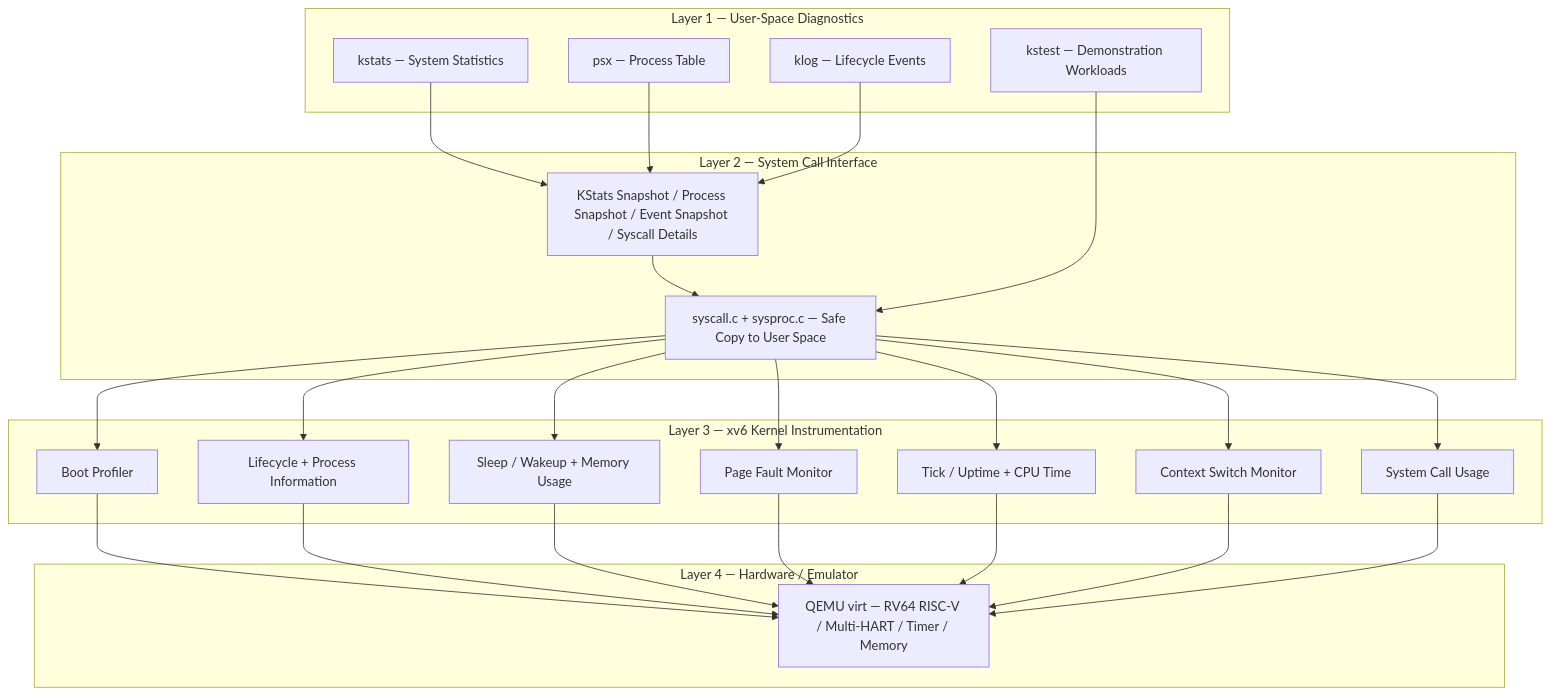
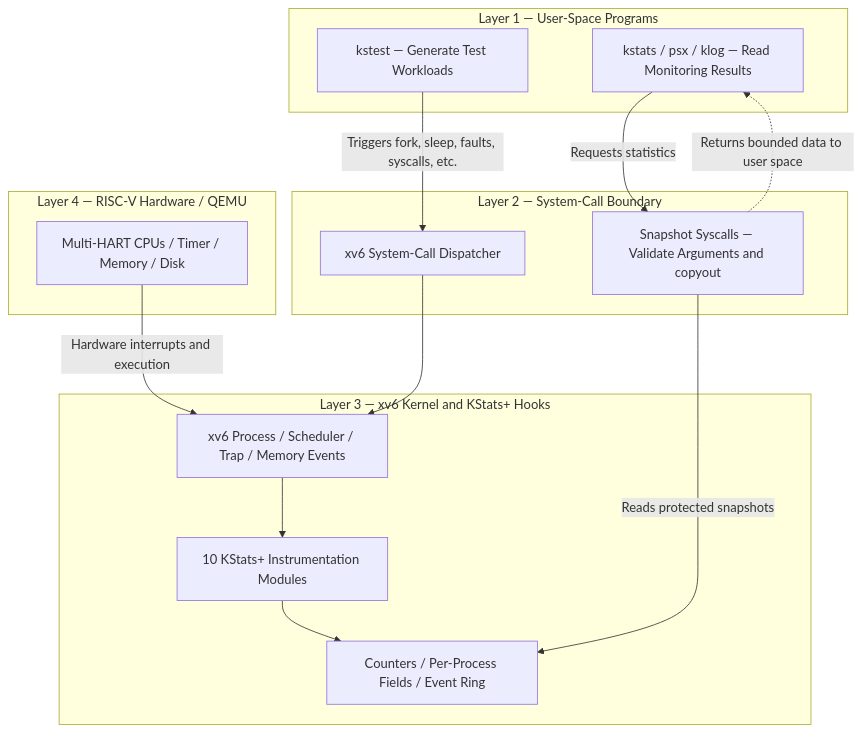
Before and after one commit to haseebniazii/KStatsPlus-xv6-RISC-V: the first of 12 diagrams in README.md, drawn with Mermaid. The commit also changed other lines of this file, not shown here.

````diff
--- a/README.md
+++ b/README.md
@@ -64,48 +67,30 @@
 ```mermaid
 flowchart TB
-    subgraph U["Layer 1 — User-Space Diagnostics"]
-      K["kstats — System Statistics"]
-      P["psx — Process Table"]
-      L["klog — Lifecycle Events"]
-      T["kstest — Demonstration Workloads"]
+    subgraph L1["Layer 1 — User-Space Programs"]
+        VIEW["kstats / psx / klog — Read Monitoring Results"]
+        TEST["kstest — Generate Test Workloads"]
     end
 
-    subgraph I["Layer 2 — System Call Interface"]
-      API["KStats Snapshot / Process Snapshot / Event Snapshot / Syscall Details"]
-      SYS["syscall.c + sysproc.c — Safe Copy to User Space"]
-      API --> SYS
+    subgraph L2["Layer 2 — System-Call Boundary"]
+        SNAP["Snapshot Syscalls — Validate Arguments and copyout"]
+        DISPATCH["xv6 System-Call Dispatcher"]
     end
 
-    subgraph C["Layer 3 — xv6 Kernel Instrumentation"]
-      BOOT["Boot Profiler"]
-      PROC["Lifecycle + Process Information"]
-      SLEEP["Sleep / Wakeup + Memory Usage"]
-      FAULT["Page Fault Monitor"]
-      CLOCK["Tick / Uptime + CPU Time"]
-      SCHED["Context Switch Monitor"]
-      CALLS["System Call Usage"]
+    subgraph L3["Layer 3 — xv6 Kernel and KStats+ Hooks"]
+        CORE["xv6 Process / Scheduler / Trap / Memory Events"]
+        HOOK["10 KStats+ Instrumentation Modules"]
+        STATE["Counters / Per-Process Fields / Event Ring"]
+        CORE --> HOOK --> STATE
     end
 
-    subgraph H["Layer 4 — Hardware / Emulator"]
-      Q["QEMU virt — RV64 RISC-V / Multi-HART / Timer / Memory"]
+    subgraph L4["Layer 4 — RISC-V Hardware / QEMU"]
+        HW["Multi-HART CPUs / Timer / Memory / Disk"]
     end
 
-    K --> API
-    P --> API
-    L --> API
-    T --> SYS
-    SYS --> BOOT
-    SYS --> PROC
-    SYS --> SLEEP
-    SYS --> FAULT
-    SYS --> CLOCK
-    SYS --> SCHED
-    SYS --> CALLS
-    BOOT --> Q
-    PROC --> Q
-    SLEEP --> Q
-    FAULT --> Q
-    CLOCK --> Q
-    SCHED --> Q
-    CALLS --> Q
+    HW -->|Hardware interrupts and execution| CORE
+    TEST -->|Triggers fork, sleep, faults, syscalls, etc.| DISPATCH
+    DISPATCH --> CORE
+    VIEW -->|Requests statistics| SNAP
+    SNAP -->|Reads protected snapshots| STATE
+    SNAP -.->|Returns bounded data to user space| VIEW
 ```
````
